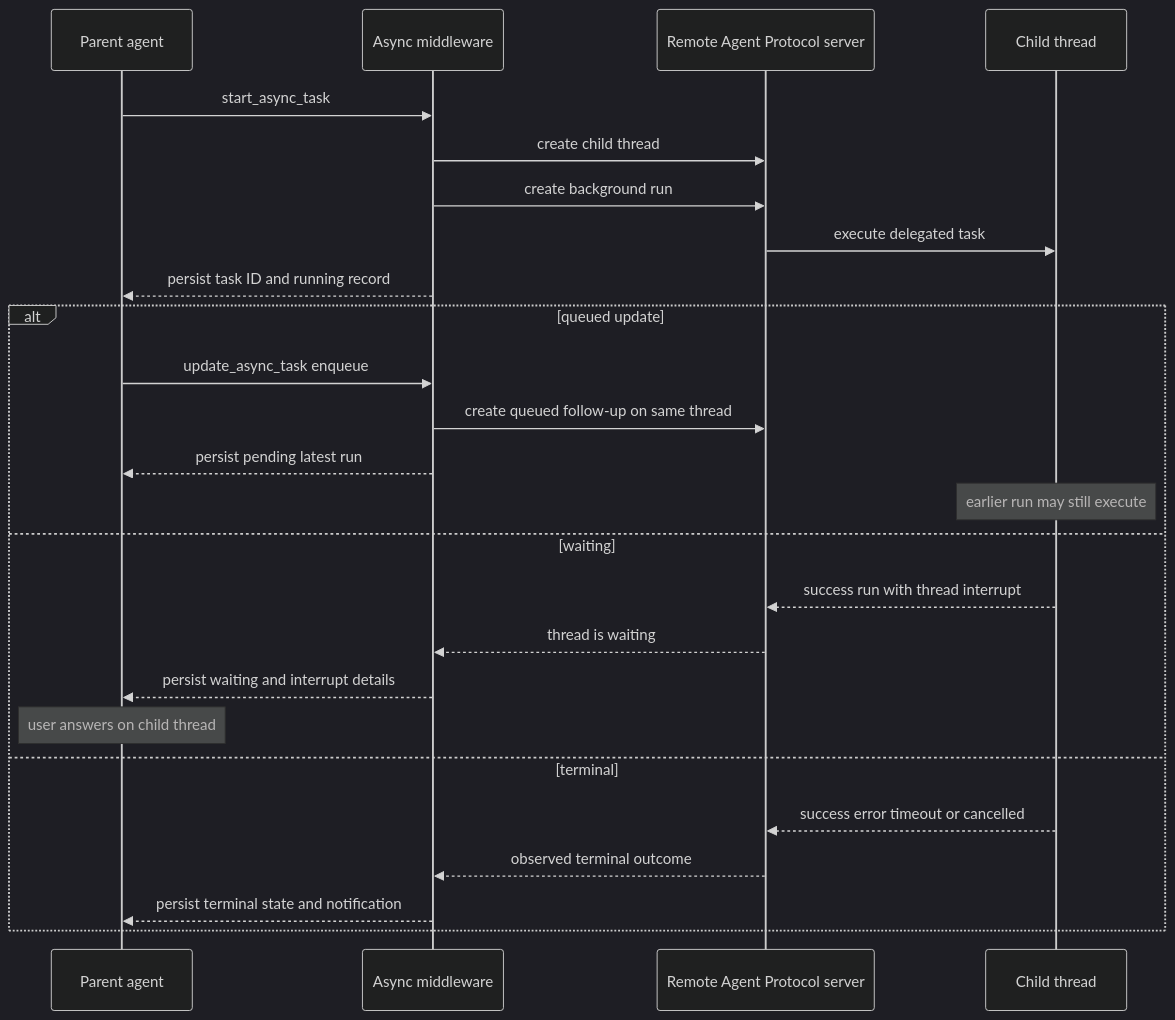
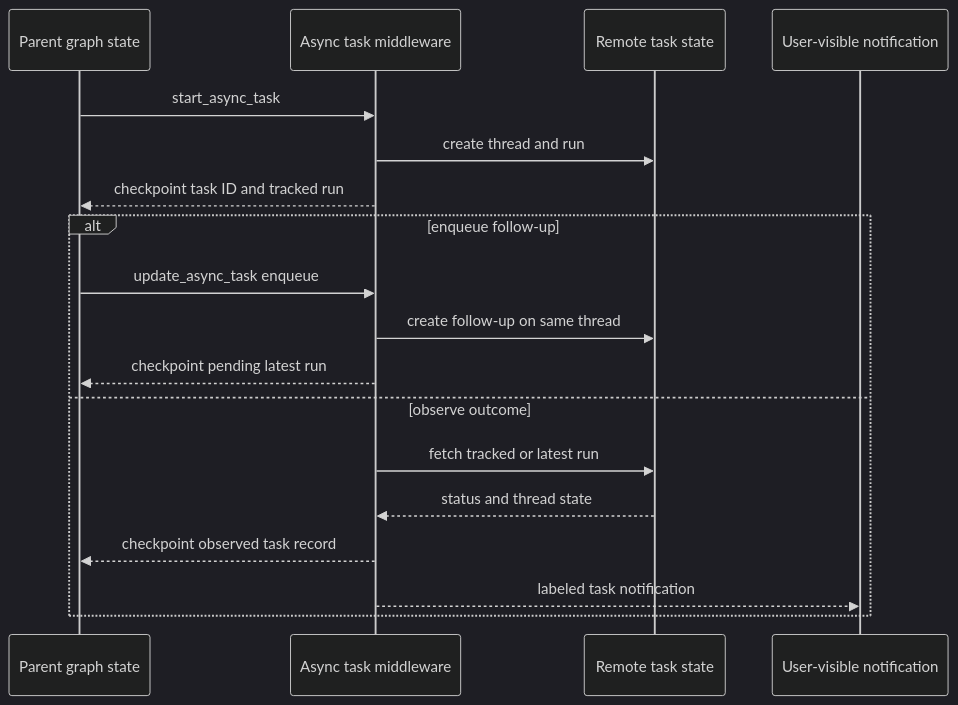
One commit to langchain-ai/deepagents changed the second of 3 diagrams in openwiki/architecture/runtime-behavior.md. Above: the diagram before and after it, drawn with Mermaid (dark theme). The commit also changed other lines of this file and 33 other files, not shown here.

````diff
--- a/openwiki/architecture/runtime-behavior.md
+++ b/openwiki/architecture/runtime-behavior.md
@@ -100,27 +78,20 @@
 ```mermaid
 sequenceDiagram
-    participant Parent as Parent agent
-    participant Middleware as Async middleware
-    participant Remote as Remote Agent Protocol server
-    participant Child as Child thread
-    Parent->>Middleware: start_async_task
-    Middleware->>Remote: create child thread
-    Middleware->>Remote: create background run
-    Remote->>Child: execute delegated task
-    Middleware-->>Parent: persist task ID and running record
-    alt queued update
-        Parent->>Middleware: update_async_task enqueue
-        Middleware->>Remote: create queued follow-up on same thread
-        Middleware-->>Parent: persist pending latest run
-        Note over Child: earlier run may still execute
-    else waiting
-        Child-->>Remote: success run with thread interrupt
-        Remote-->>Middleware: thread is waiting
-        Middleware-->>Parent: persist waiting and interrupt details
-        Note over Parent: user answers on child thread
-    else terminal
-        Child-->>Remote: success error timeout or cancelled
-        Remote-->>Middleware: observed terminal outcome
-        Middleware-->>Parent: persist terminal state and notification
+    participant Parent as Parent graph state
+    participant Tools as Async task middleware
+    participant Remote as Remote task state
+    participant Notify as User-visible notification
+    Parent->>Tools: start_async_task
+    Tools->>Remote: create thread and run
+    Tools-->>Parent: checkpoint task ID and tracked run
+    alt enqueue follow-up
+        Parent->>Tools: update_async_task enqueue
+        Tools->>Remote: create follow-up on same thread
+        Tools-->>Parent: checkpoint pending latest run
+    else observe outcome
+        Tools->>Remote: fetch tracked or latest run
+        Remote-->>Tools: status and thread state
+        Tools-->>Parent: checkpoint observed task record
+        Tools-->>Notify: labeled task notification
     end
 ```
````
